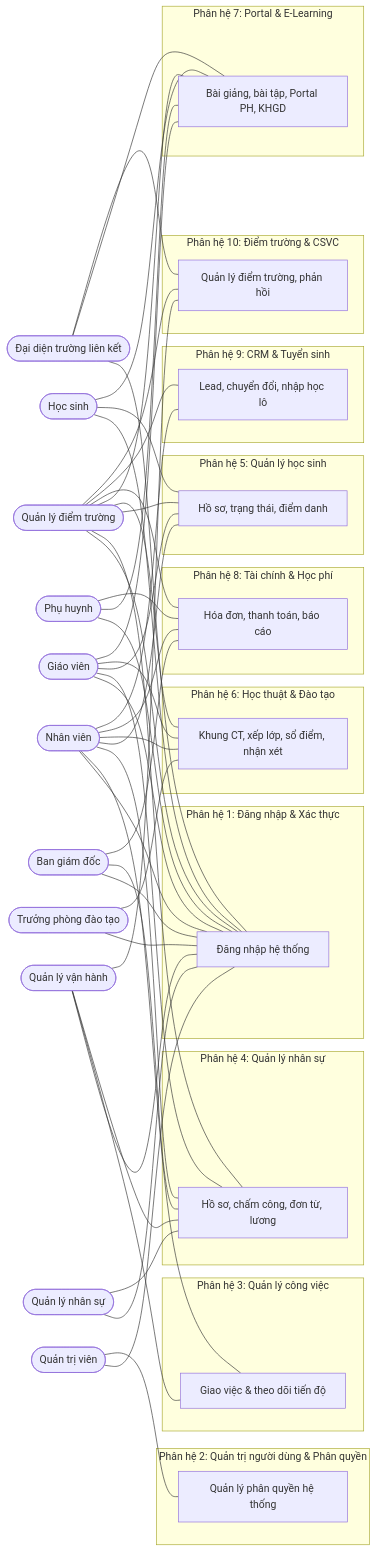
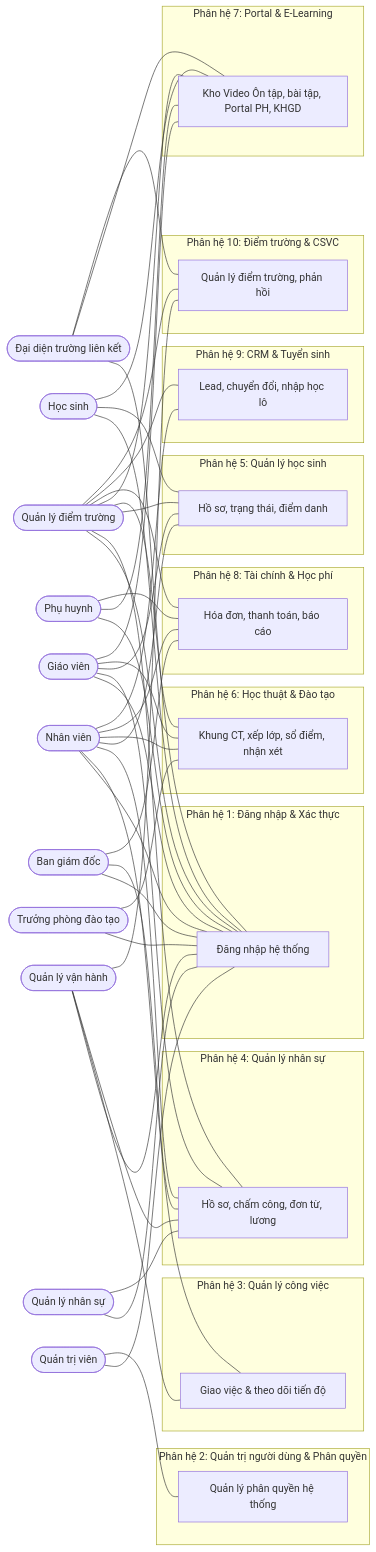
One commit to langtuananh2424/pps-education changed the diagram in docs/diagrams/usecase-actors/UseCase-TongQuan.mmd. Above: the diagram before and after it, drawn with Mermaid. The commit also changed 45 other files, not shown here.

First line of the commit message:
feat(lms): tái cấu trúc Kho bài giảng thành Kho Video Ôn tập (UC-23/23a, backend)

```diff
--- a/docs/diagrams/usecase-actors/UseCase-TongQuan.mmd
+++ b/docs/diagrams/usecase-actors/UseCase-TongQuan.mmd
@@ -1,105 +1,105 @@
 graph LR
     HocSinh([Học sinh])
     PhuHuynh([Phụ huynh])
     GiaoVien([Giáo viên])
     TPDT([Trưởng phòng đào tạo])
     QLDT([Quản lý điểm trường])
     QLNS([Quản lý nhân sự])
     NhanVien([Nhân viên])
     QTV([Quản trị viên])
     DaiDienTruong([Đại diện trường liên kết])
     QLVH([Quản lý vận hành])
     BGD([Ban giám đốc])
 
     subgraph PH1["Phân hệ 1: Đăng nhập & Xác thực"]
         UC01[Đăng nhập hệ thống]
     end
 
     subgraph PH2["Phân hệ 2: Quản trị người dùng & Phân quyền"]
         UC0205[Quản lý phân quyền hệ thống]
     end
 
     subgraph PH3["Phân hệ 3: Quản lý công việc"]
         UC0607[Giao việc & theo dõi tiến độ]
     end
 
     subgraph PH4["Phân hệ 4: Quản lý nhân sự"]
         UC0812[Hồ sơ, chấm công, đơn từ, lương]
     end
 
     subgraph PH5["Phân hệ 5: Quản lý học sinh"]
         UC1315[Hồ sơ, trạng thái, điểm danh]
     end
 
     subgraph PH6["Phân hệ 6: Học thuật & Đào tạo"]
         UC1622[Khung CT, xếp lớp, sổ điểm, nhận xét]
     end
 
     subgraph PH7["Phân hệ 7: Portal & E-Learning"]
-        UC2329[Bài giảng, bài tập, Portal PH, KHGD]
+        UC2329[Kho Video Ôn tập, bài tập, Portal PH, KHGD]
     end
 
     subgraph PH8["Phân hệ 8: Tài chính & Học phí"]
         UC3032[Hóa đơn, thanh toán, báo cáo]
     end
 
     subgraph PH9["Phân hệ 9: CRM & Tuyển sinh"]
         UC3335[Lead, chuyển đổi, nhập học lô]
     end
 
     subgraph PH10["Phân hệ 10: Điểm trường & CSVC"]
         UC3639[Quản lý điểm trường, phản hồi]
     end
 
     HocSinh --- UC01
     HocSinh --- UC1315
     HocSinh --- UC2329
 
     PhuHuynh --- UC01
     PhuHuynh --- UC2329
     PhuHuynh --- UC3032
 
     GiaoVien --- UC01
     GiaoVien --- UC0812
     GiaoVien --- UC1315
     GiaoVien --- UC1622
     GiaoVien --- UC2329
 
     TPDT --- UC01
     TPDT --- UC1622
 
     QLDT --- UC01
     QLDT --- UC0812
     QLDT --- UC1315
     QLDT --- UC1622
     QLDT --- UC2329
     QLDT --- UC3032
     QLDT --- UC3335
     QLDT --- UC3639
 
     QLNS --- UC01
     QLNS --- UC0812
 
     NhanVien --- UC01
     NhanVien --- UC0607
     NhanVien --- UC0812
     NhanVien --- UC1315
     NhanVien --- UC1622
     NhanVien --- UC3032
     NhanVien --- UC3335
 
     QTV --- UC01
     QTV --- UC0205
 
     DaiDienTruong --- UC01
     DaiDienTruong --- UC2329
     DaiDienTruong --- UC3639
 
     QLVH --- UC01
     QLVH --- UC0607
     QLVH --- UC0812
     QLVH --- UC3639
 
     BGD --- UC01
     BGD --- UC0812
     BGD --- UC3032
```
